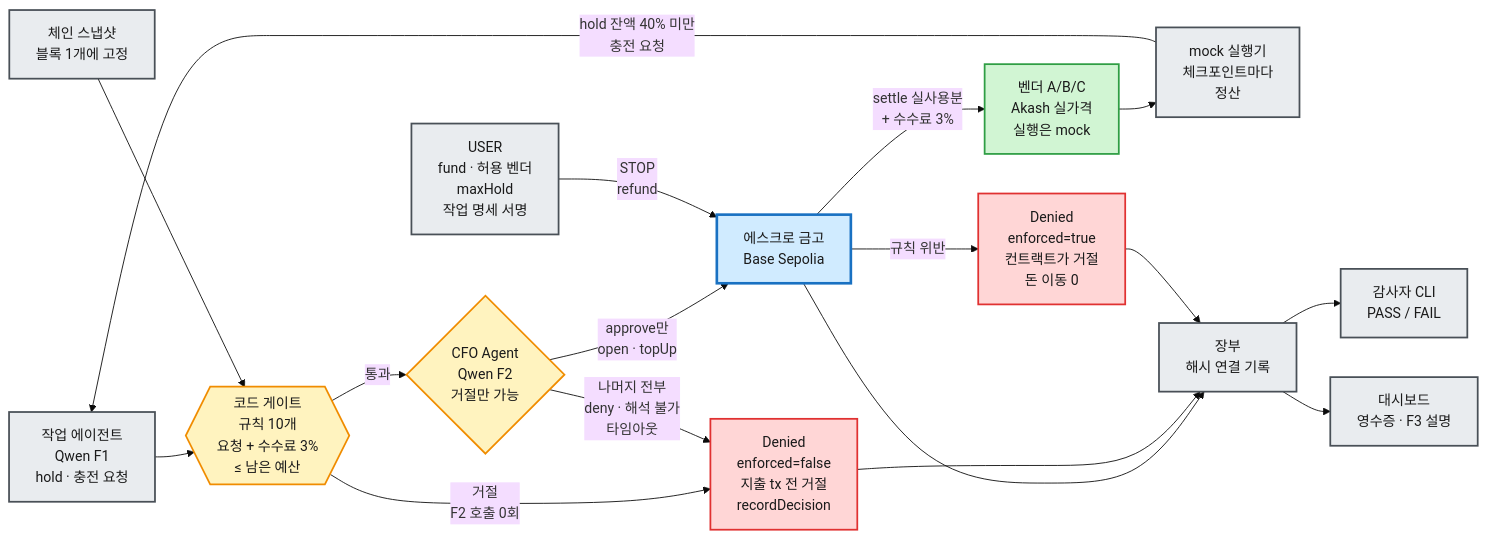
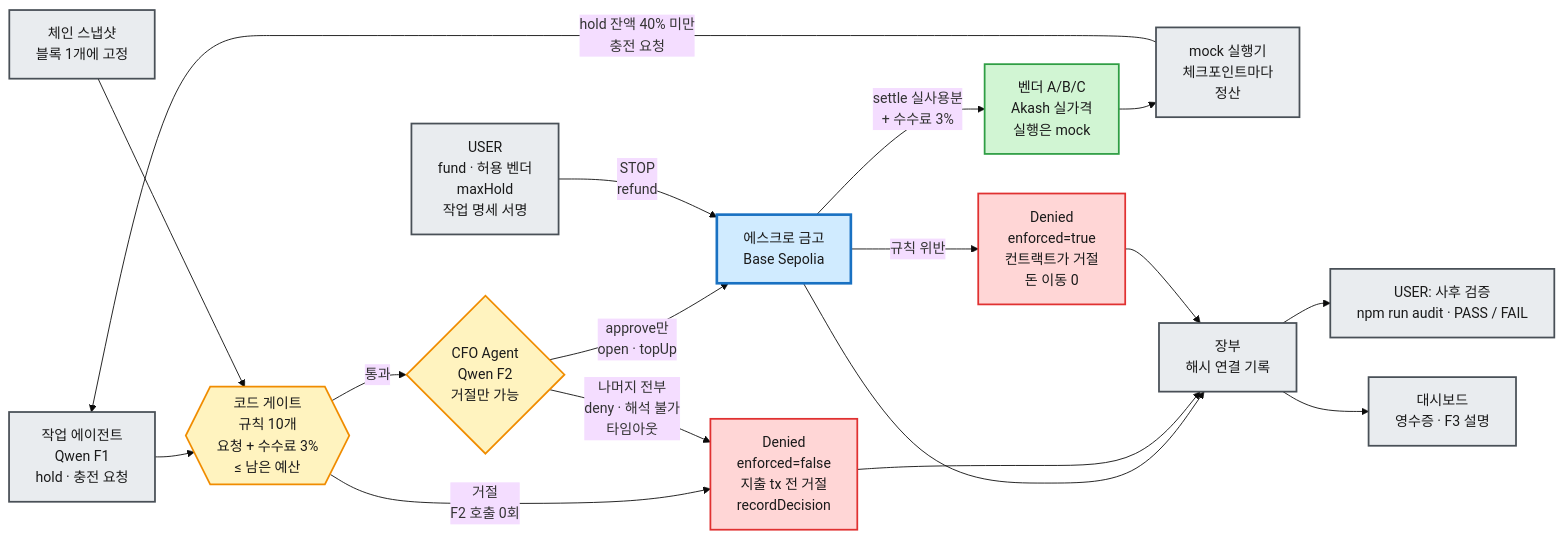
The diagram in diagrams/cfo-agent-escrow-topup-lr.mmd (Rehgud/GWDC2026), drawn with Mermaid (base theme) before and after one commit. The commit also changed 8 other files, not shown here.

First line of the commit message:
Flow diagrams: "USER: 사후 검증" instead of "감사자 CLI"

```diff
--- a/diagrams/cfo-agent-escrow-topup-lr.mmd
+++ b/diagrams/cfo-agent-escrow-topup-lr.mmd
@@ -1,29 +1,29 @@
 %%{init: {"flowchart": {"nodeSpacing": 45, "rankSpacing": 35}}}%%
 graph LR
     W["작업 에이전트<br/>Qwen F1<br/>hold · 충전 요청"] --> G{{"코드 게이트<br/>규칙 10개<br/>요청 + 수수료 3%<br/>≤ 남은 예산"}}
     G -->|"통과"| C{"CFO Agent<br/>Qwen F2<br/>거절만 가능"}
     G -->|"거절<br/>F2 호출 0회"| D["Denied<br/>enforced=false<br/>지출 tx 전 거절<br/>recordDecision"]
     C -->|"approve만<br/>open · topUp"| V["에스크로 금고<br/>Base Sepolia"]
     C -->|"나머지 전부<br/>deny · 해석 불가<br/>타임아웃"| D
     V -->|"규칙 위반"| DC["Denied<br/>enforced=true<br/>컨트랙트가 거절<br/>돈 이동 0"]
     V -->|"settle 실사용분<br/>+ 수수료 3%"| P["벤더 A/B/C<br/>Akash 실가격<br/>실행은 mock"]
     P --> X["mock 실행기<br/>체크포인트마다<br/>정산"]
     X -->|"hold 잔액 40% 미만<br/>충전 요청"| W
     V --> L["장부<br/>해시 연결 기록"]
     D --> L
     DC --> L
-    L --> A["감사자 CLI<br/>PASS / FAIL"]
+    L --> A["USER: 사후 검증<br/>npm run audit · PASS / FAIL"]
     L --> U["대시보드<br/>영수증 · F3 설명"]
     F["USER<br/>fund · 허용 벤더<br/>maxHold<br/>작업 명세 서명"] -->|"STOP<br/>refund"| V
     S["체인 스냅샷<br/>블록 1개에 고정"] --> G
 
     classDef approved fill:#d1f5d3,stroke:#2f9e44,stroke-width:2px,color:#1a1a1a;
     classDef blocked fill:#ffd6d6,stroke:#e03131,stroke-width:2px,color:#1a1a1a;
     classDef neutral fill:#e9ecef,stroke:#495057,stroke-width:2px,color:#1a1a1a;
     classDef decision fill:#fff3bf,stroke:#f08c00,stroke-width:2px,color:#1a1a1a;
     classDef vault fill:#d0ebff,stroke:#1971c2,stroke-width:3px,color:#1a1a1a;
     class P approved;
     class D,DC blocked;
     class G,C decision;
     class V vault;
     class F,W,S,X,L,A,U neutral;
```
